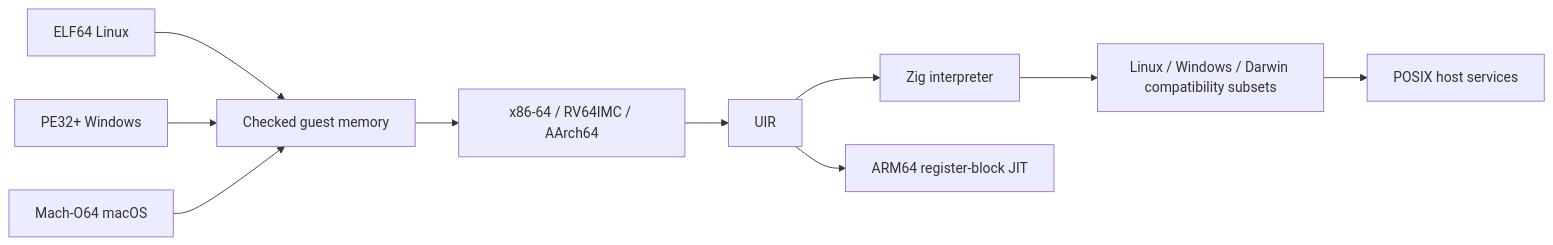
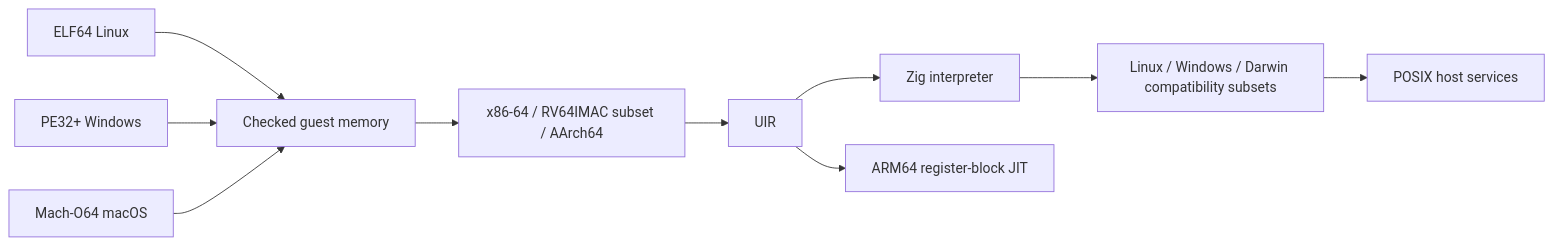
The diagram in README.md (OthmaneBlial/universe), drawn with Mermaid before and after one commit. The commit also changed other lines of this file and 19 other files, not shown here.

````diff
--- a/README.md
+++ b/README.md
@@ -160,12 +161,12 @@
 ```mermaid
 flowchart LR
     ELF[ELF64 Linux] --> Memory[Checked guest memory]
     PE[PE32+ Windows] --> Memory
     MachO[Mach-O64 macOS] --> Memory
-    Memory --> CPU[x86-64 / RV64IMC / AArch64]
+    Memory --> CPU[x86-64 / RV64IMAC subset / AArch64]
     CPU --> UIR
     UIR --> Interpreter[Zig interpreter]
     UIR --> JIT[ARM64 register-block JIT]
     Interpreter --> ABI[Linux / Windows / Darwin compatibility subsets]
     ABI --> Host[POSIX host services]
 ```
````
